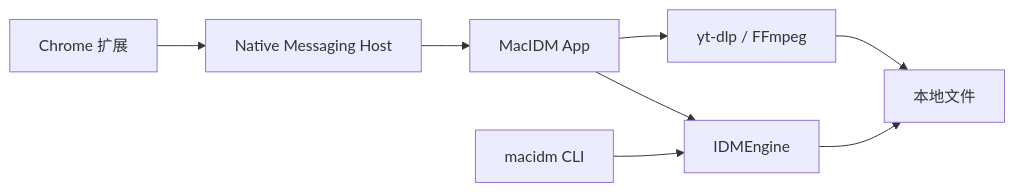
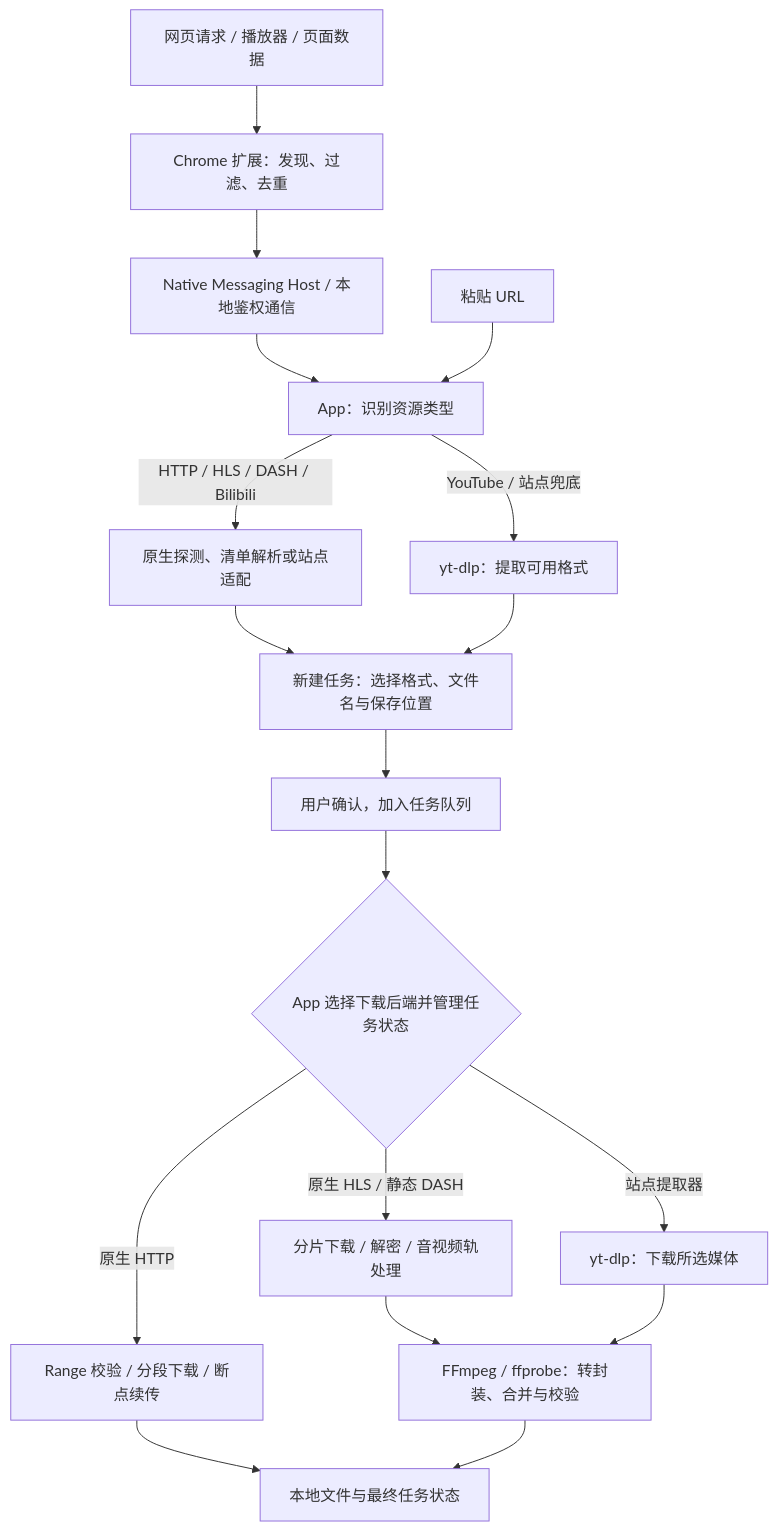
Before and after one commit to Raters0/MacIDM: the diagram in README.md, drawn with Mermaid. The commit also changed other lines of this file and 7 other files, not shown here.

````diff
--- a/README.md
+++ b/README.md
@@ -48,10 +46,20 @@
 ```mermaid
-flowchart LR
-    Extension[Chrome 扩展] --> Host[Native Messaging Host]
-    Host --> App[MacIDM App]
-    App --> Engine[IDMEngine]
-    CLI[macidm CLI] --> Engine
-    App --> Tools[yt-dlp / FFmpeg]
-    Engine --> File[本地文件]
-    Tools --> File
+flowchart TD
+    Page[网页请求 / 播放器 / 页面数据] --> Sniff[Chrome 扩展：发现、过滤、去重]
+    Sniff --> Bridge[Native Messaging Host / 本地鉴权通信]
+    Bridge --> Inspect[App：识别资源类型]
+    URL[粘贴 URL] --> Inspect
+    Inspect -->|HTTP / HLS / DASH / Bilibili| NativeInspect[原生探测、清单解析或站点适配]
+    Inspect -->|YouTube / 站点兜底| SiteInspect[yt-dlp：提取可用格式]
+    NativeInspect --> Draft[新建任务：选择格式、文件名与保存位置]
+    SiteInspect --> Draft
+    Draft --> Confirm[用户确认，加入任务队列]
+    Confirm --> Route{App 选择下载后端并管理任务状态}
+    Route -->|原生 HTTP| HTTP[Range 校验 / 分段下载 / 断点续传]
+    Route -->|原生 HLS / 静态 DASH| Media[分片下载 / 解密 / 音视频轨处理]
+    Route -->|站点提取器| YT[yt-dlp：下载所选媒体]
+    Media --> FF[FFmpeg / ffprobe：转封装、合并与校验]
+    YT --> FF
+    HTTP --> Output
+    FF --> Output[本地文件与最终任务状态]
 ```
````
